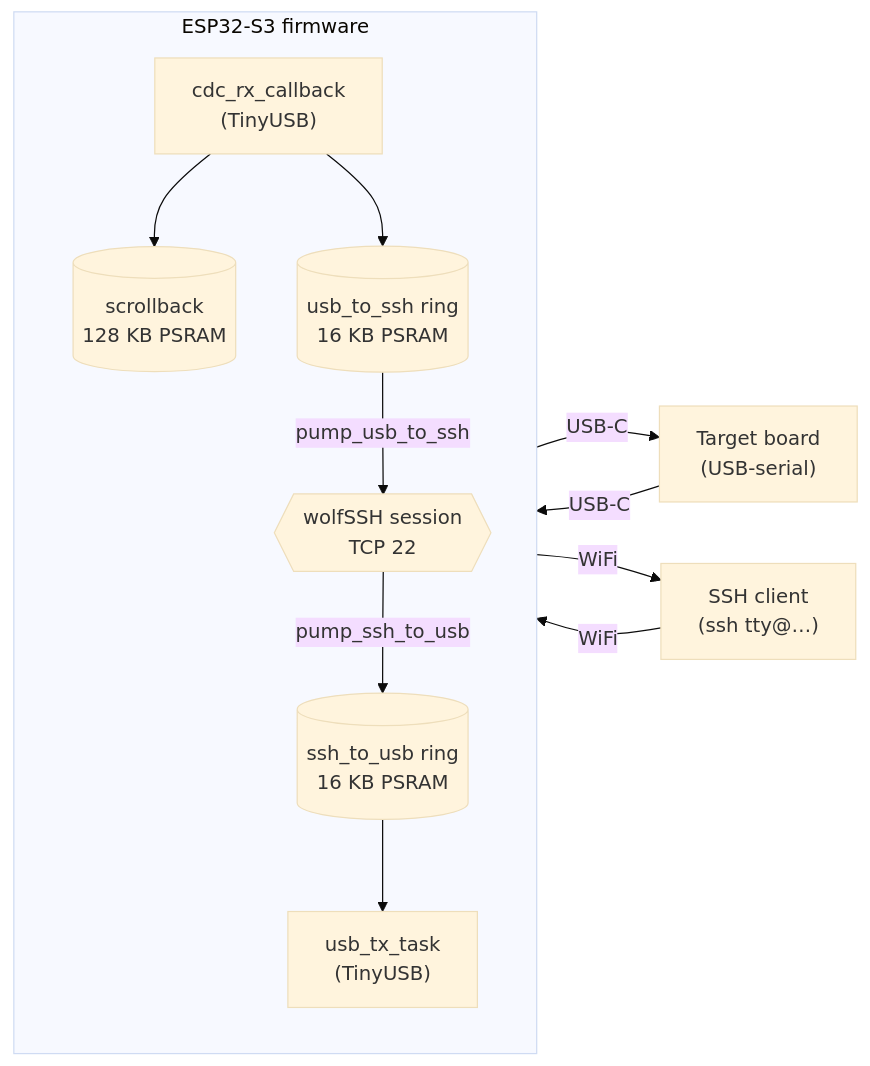
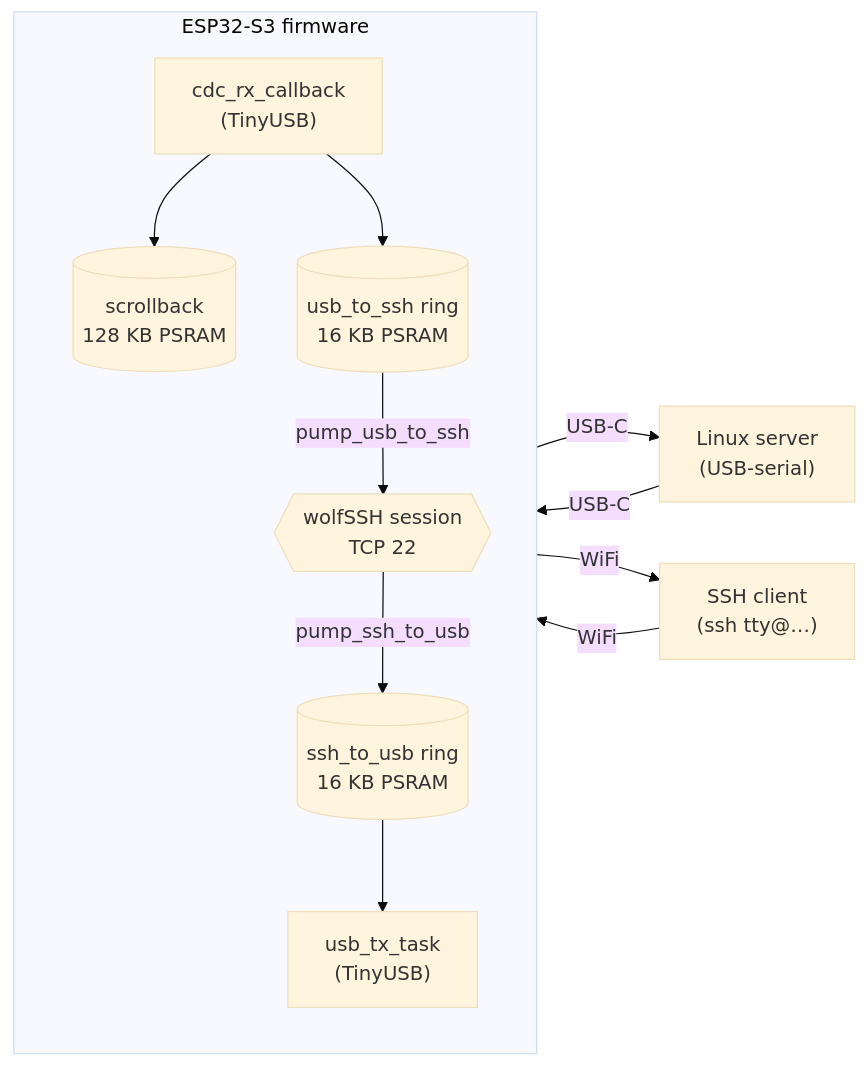
The second of 2 diagrams in README.md (alxrxs/esp-tty), drawn with Mermaid (base theme) before and after one commit. The commit also changed other lines of this file, not shown here.

First line of the commit message:
Refocus README on the out-of-band Linux-server-console use case

````diff
--- a/README.md
+++ b/README.md
@@ -179,26 +188,26 @@
 ```mermaid
 flowchart LR
-    target["Target board<br/>(USB-serial)"]
+    target["Linux server<br/>(USB-serial)"]
     client["SSH client<br/>(ssh tty@…)"]
 
     subgraph esp["ESP32-S3 firmware"]
         direction TB
         rx["cdc_rx_callback<br/>(TinyUSB)"]
         sb[("scrollback<br/>128 KB PSRAM")]
         u2s[("usb_to_ssh ring<br/>16 KB PSRAM")]
         ssh{{"wolfSSH session<br/>TCP 22"}}
         s2u[("ssh_to_usb ring<br/>16 KB PSRAM")]
         tx["usb_tx_task<br/>(TinyUSB)"]
 
         rx --> sb
         rx --> u2s
         u2s -- "pump_usb_to_ssh" --> ssh
         ssh -- "pump_ssh_to_usb" --> s2u
         s2u --> tx
     end
 
     target -- "USB-C" --> rx
     tx -- "USB-C" --> target
     ssh -- "WiFi" --> client
     client -- "WiFi" --> ssh
 ```
````
